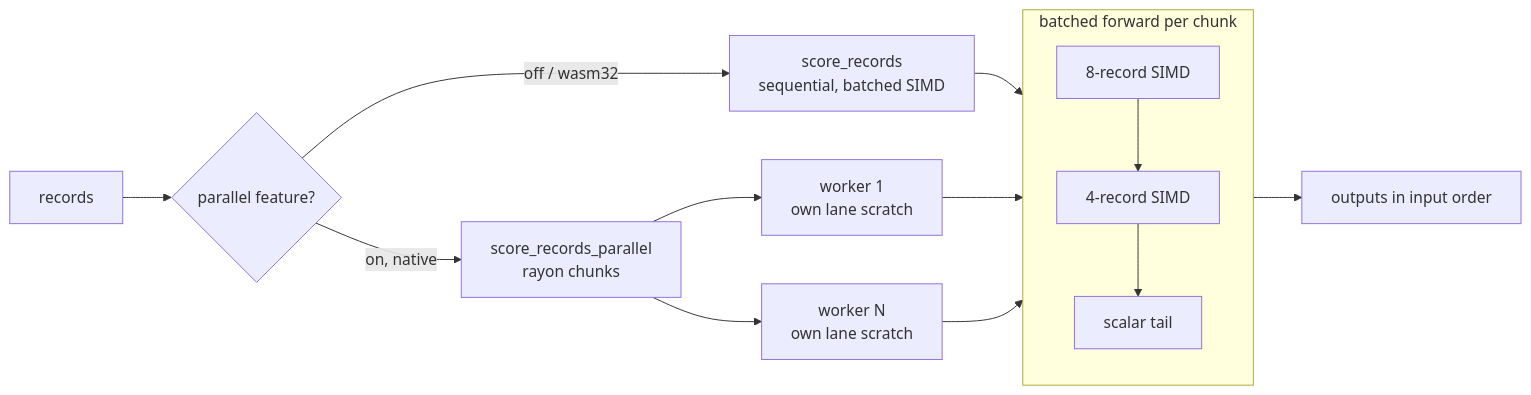
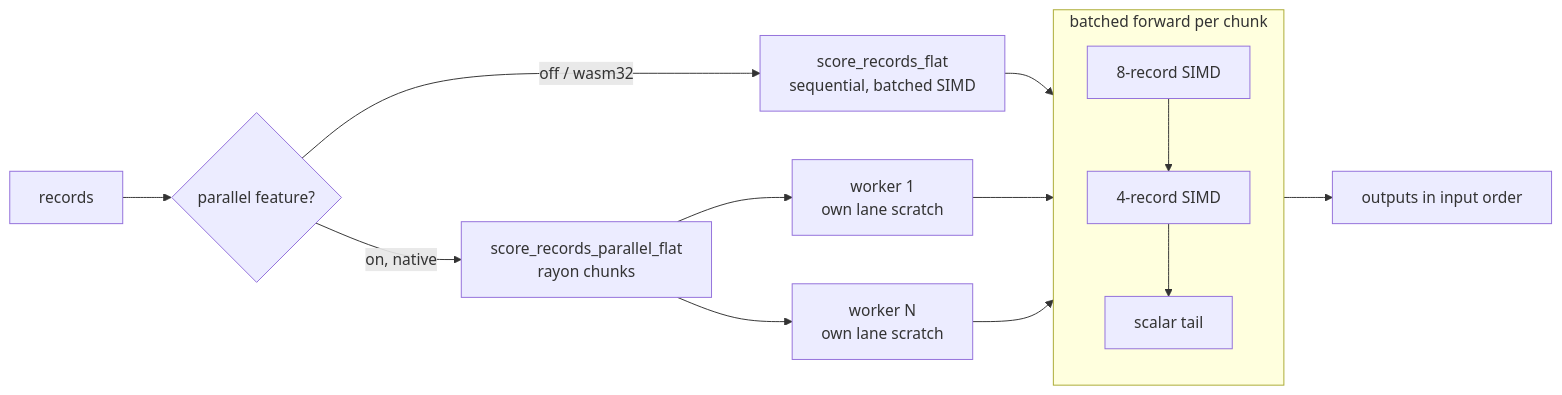
Before and after one commit to stSoftwareAU/NEAT-AI-core: the second of 5 diagrams in README.md, drawn with Mermaid. The commit also changed other lines of this file and 12 other files, not shown here.

First line of the commit message:
Migrate in-repo callers to the flat scoring API and deprecate score_records (Issue #408)

````diff
--- a/README.md
+++ b/README.md
@@ -175,16 +179,16 @@
 ```mermaid
 flowchart LR
     R[records] --> S{parallel feature?}
-    S -- off / wasm32 --> Q[score_records<br/>sequential, batched SIMD]
-    S -- on, native --> P[score_records_parallel<br/>rayon chunks]
+    S -- off / wasm32 --> Q[score_records_flat<br/>sequential, batched SIMD]
+    S -- on, native --> P[score_records_parallel_flat<br/>rayon chunks]
     P --> W1[worker 1<br/>own lane scratch]
     P --> Wn[worker N<br/>own lane scratch]
     subgraph B[batched forward per chunk]
         direction TB
         E8[8-record SIMD] --> E4[4-record SIMD] --> E1[scalar tail]
     end
     Q --> B
     W1 --> B
     Wn --> B
     B --> O[outputs in input order]
 ```
````
